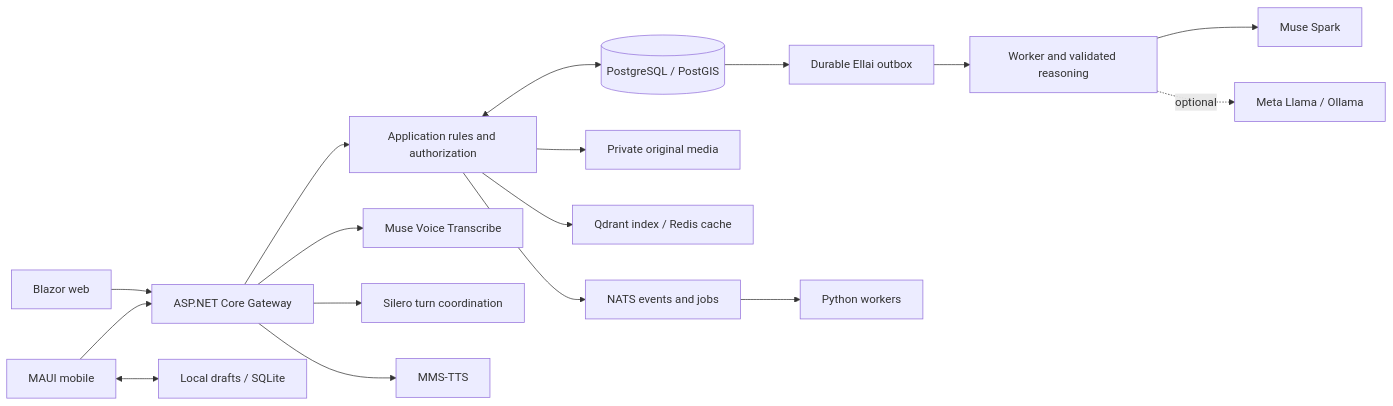
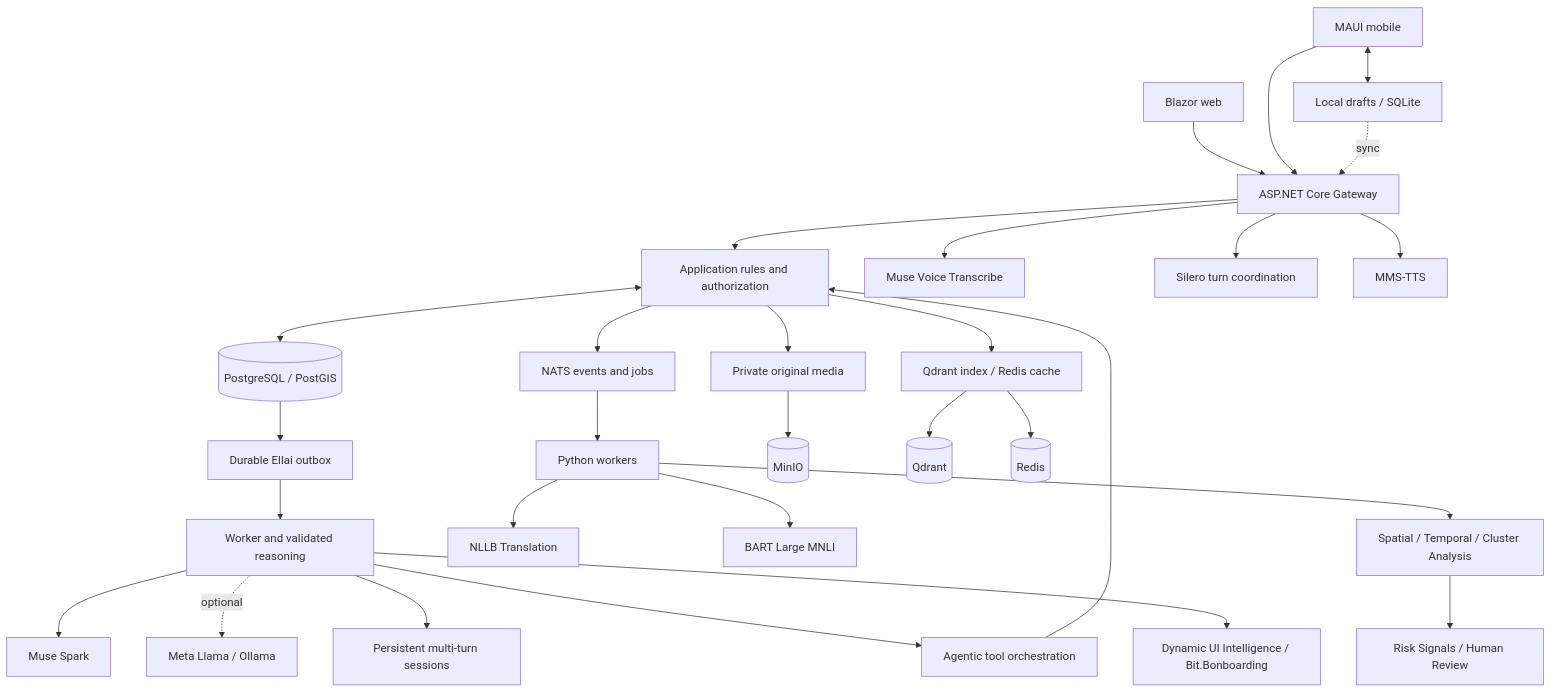
One commit to Vuminkosi/Swift-Aid changed the diagram in README.md. Above: the diagram before and after it, drawn with Mermaid. The commit also changed other lines of this file, not shown here.

Commit message:
docs: expand platform architecture overview

````diff
--- a/README.md
+++ b/README.md
@@ -79,19 +79,36 @@
-```mermaid
-flowchart LR
+```mermaid 
+flowchart TB
     Web[Blazor web] --> Gateway[ASP.NET Core Gateway]
     Mobile[MAUI mobile] --> Gateway
     Mobile <--> Local[Local drafts / SQLite]
     Gateway --> App[Application rules and authorization]
     App <--> PG[(PostgreSQL / PostGIS)]
     PG --> Outbox[Durable Ellai outbox]
     Outbox --> Ellai[Worker and validated reasoning]
     Ellai --> Hosted[Muse Spark]
     Ellai -. optional .-> Ollama[Meta Llama / Ollama]
     Gateway --> ASR[Muse Voice Transcribe]
     Gateway --> VAD[Silero turn coordination]
     Gateway --> TTS[MMS-TTS]
     App --> Media[Private original media]
     App --> Derived[Qdrant index / Redis cache]
     App --> NATS[NATS events and jobs]
     NATS --> Workers[Python workers]
+
+    %% Missing services - original flow unchanged
+    Local -. sync .-> Gateway
+    Ellai --> Sessions[Persistent multi-turn sessions]
+    Ellai --> Tools[Agentic tool orchestration]
+    Ellai --> Guidance[Dynamic UI Intelligence / Bit.Bonboarding]
+    Tools --> App
+
+    Workers --> NLLB[NLLB Translation]
+    Workers --> BART[BART Large MNLI]
+    Workers --> Surveillance[Spatial / Temporal / Cluster Analysis]
+    Surveillance --> Risk[Risk Signals / Human Review]
+
+    Media --> MinIO[(MinIO)]
+    Derived --> Qdrant[(Qdrant)]
+    Derived --> Redis[(Redis)]
+
 ```
````
